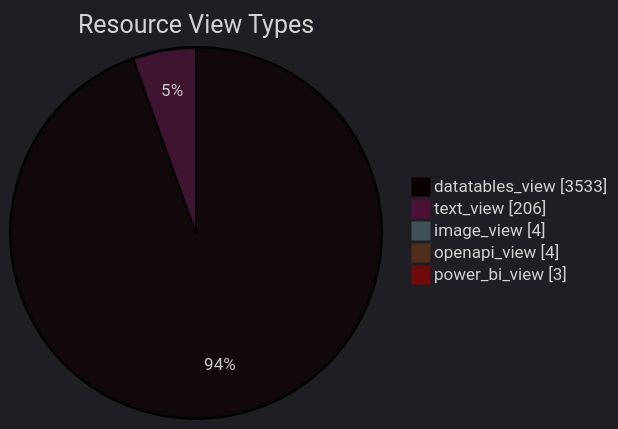
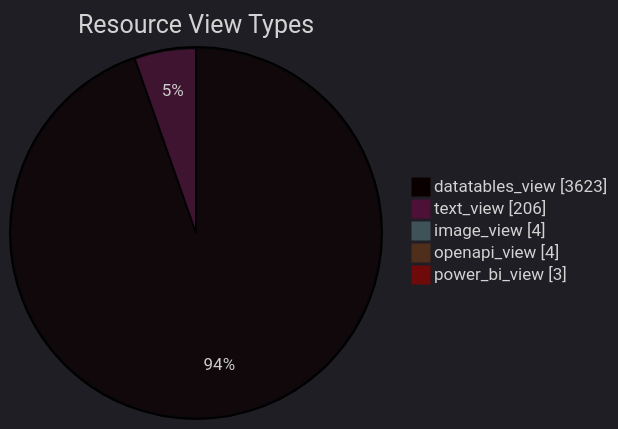
Before and after one commit to open-data/analytics-corporate-reporting: the diagram in datastore_tracker/resource_view_types_pie_chart.md, drawn with Mermaid. The commit also changed 9 other files, not shown here.

````diff
--- a/datastore_tracker/resource_view_types_pie_chart.md
+++ b/datastore_tracker/resource_view_types_pie_chart.md
@@ -2,12 +2,12 @@
 ```mermaid
 ---
 config:
   theme: dark
 ---
 pie showData title Resource View Types
-    "datatables_view": 3533
+    "datatables_view": 3623
     "text_view": 206
     "image_view": 4
     "openapi_view": 4
     "power_bi_view": 3
 ```
````
